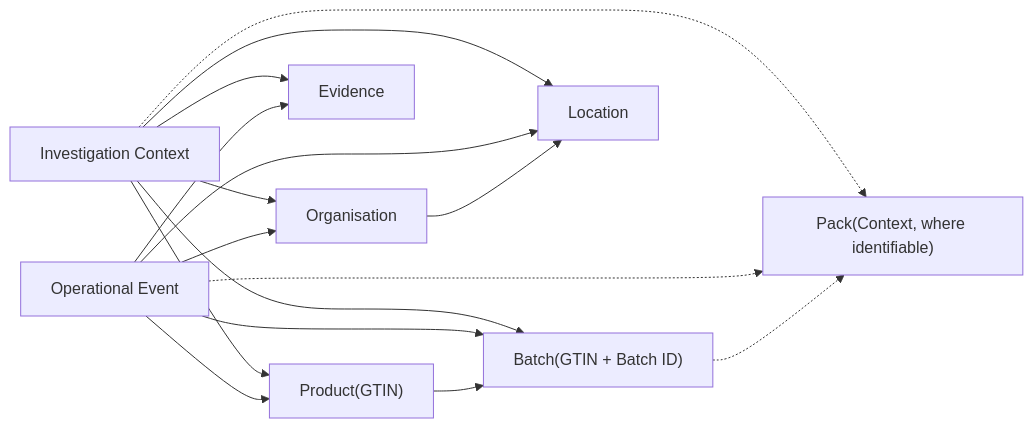
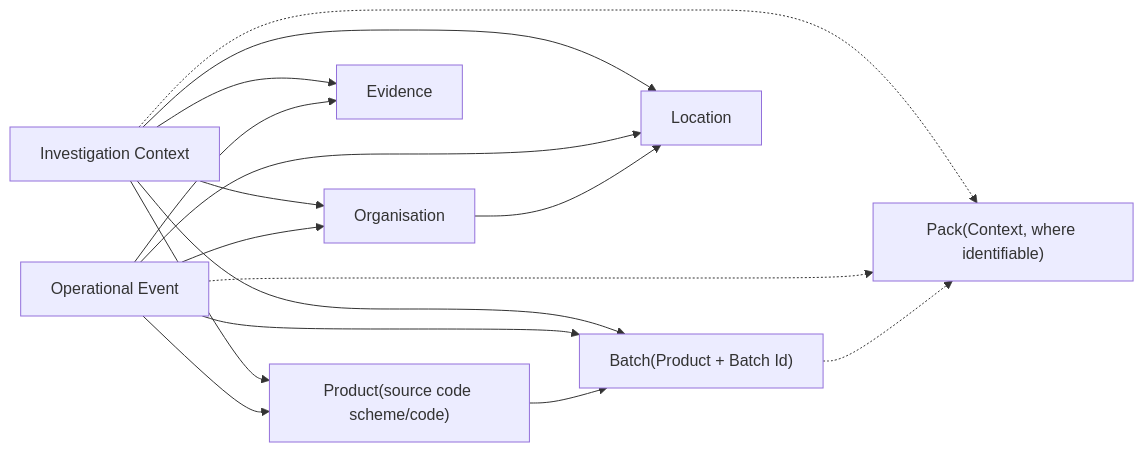
Before and after one commit to smvs-gmbh/smvs-operations: the diagram in docs/architecture/ADR-005 Operational Information Model.md, drawn with Mermaid. The commit also changed other lines of this file and 4 other files, not shown here.

````diff
--- a/docs/architecture/ADR-005 Operational Information Model.md
+++ b/docs/architecture/ADR-005 Operational Information Model.md
@@ -164,34 +166,34 @@
 ```mermaid
 flowchart LR
 
-    Product["Product(GTIN)"]
-    Batch["Batch(GTIN + Batch ID)"]
+    Product["Product(source code scheme/code)"]
+    Batch["Batch(Product + Batch Id)"]
     Pack["Pack(Context, where identifiable)"]
 
     Organisation["Organisation"]
     Location["Location"]
 
     Event["Operational Event"]
     Evidence["Evidence"]
     Investigation["Investigation Context"]
 
     Product --> Batch
     Batch -.-> Pack
 
     Organisation --> Location
 
     Event --> Product
     Event --> Batch
     Event -.-> Pack
     Event --> Organisation
     Event --> Location
 
     Event --> Evidence
 
     Investigation --> Evidence
     Investigation --> Product
     Investigation --> Batch
     Investigation -.-> Pack
     Investigation --> Organisation
     Investigation --> Location
 ```
````
